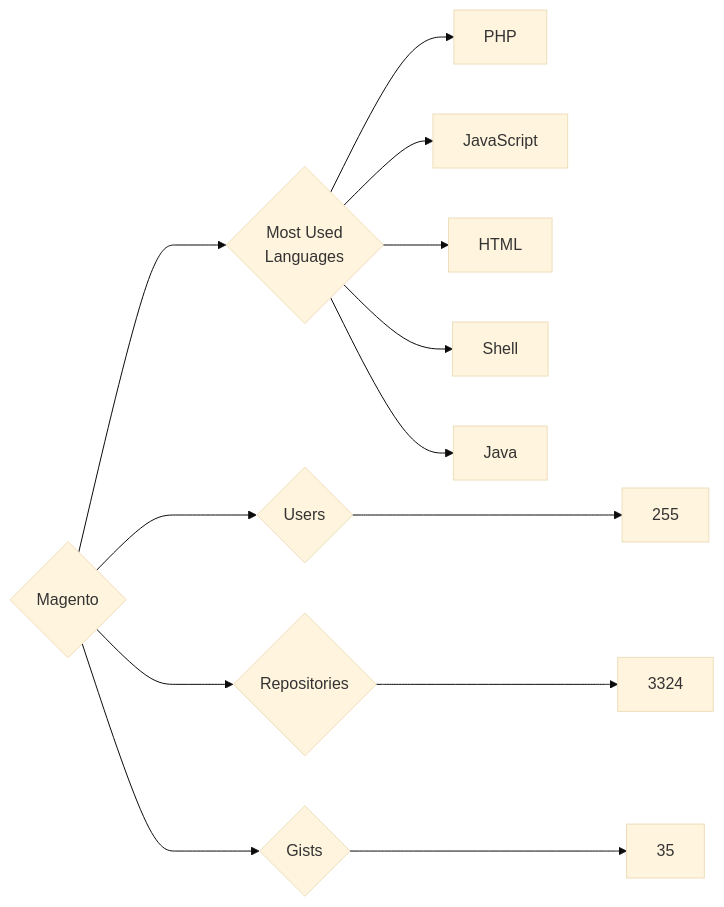
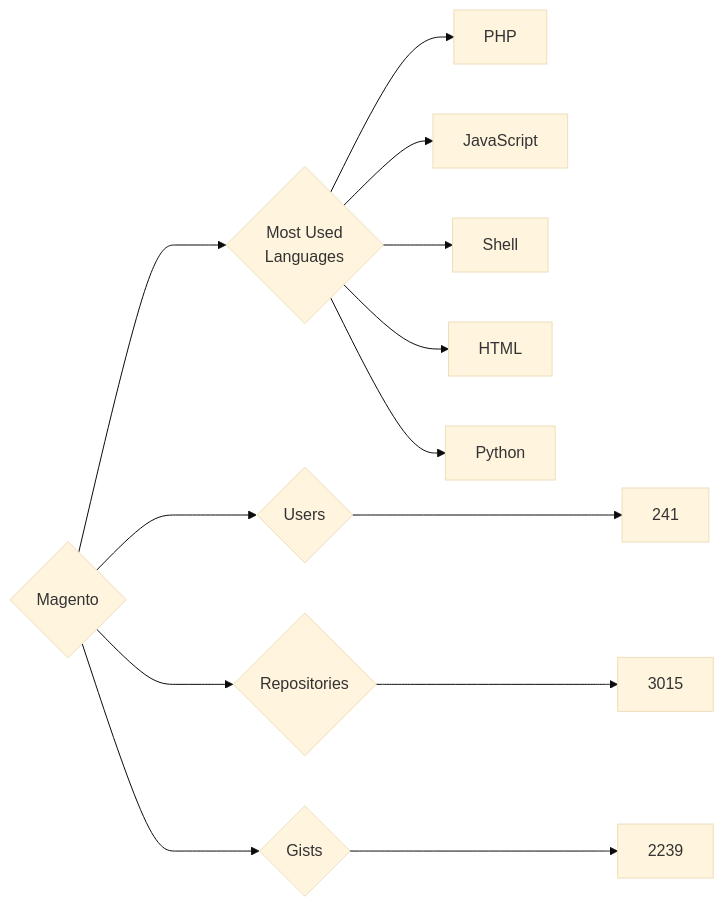
The diagram in targets/Magento/README.md (trickest/insiders), drawn with Mermaid (base theme) before and after one commit. The commit also changed 872 other files, not shown here.

````diff
--- a/targets/Magento/README.md
+++ b/targets/Magento/README.md
@@ -3,13 +3,13 @@
 ```mermaid
 graph LR
 COMPANY_NAME{Magento}
-COMPANY_NAME ---> U{Users} ---> UN[255]
-COMPANY_NAME ---> R{Repositories} ---> RN[3324]
-COMPANY_NAME ---> G{Gists} ---> GN[35]
+COMPANY_NAME ---> U{Users} ---> UN[241]
+COMPANY_NAME ---> R{Repositories} ---> RN[3015]
+COMPANY_NAME ---> G{Gists} ---> GN[2239]
 COMPANY_NAME ---> ML{Most Used<br>Languages}
 ML --> PHP[PHP]
 ML --> JavaScript[JavaScript]
+ML --> Shell[Shell]
 ML --> HTML[HTML]
-ML --> Shell[Shell]
-ML --> Java[Java]
+ML --> Python[Python]
 ```
````
